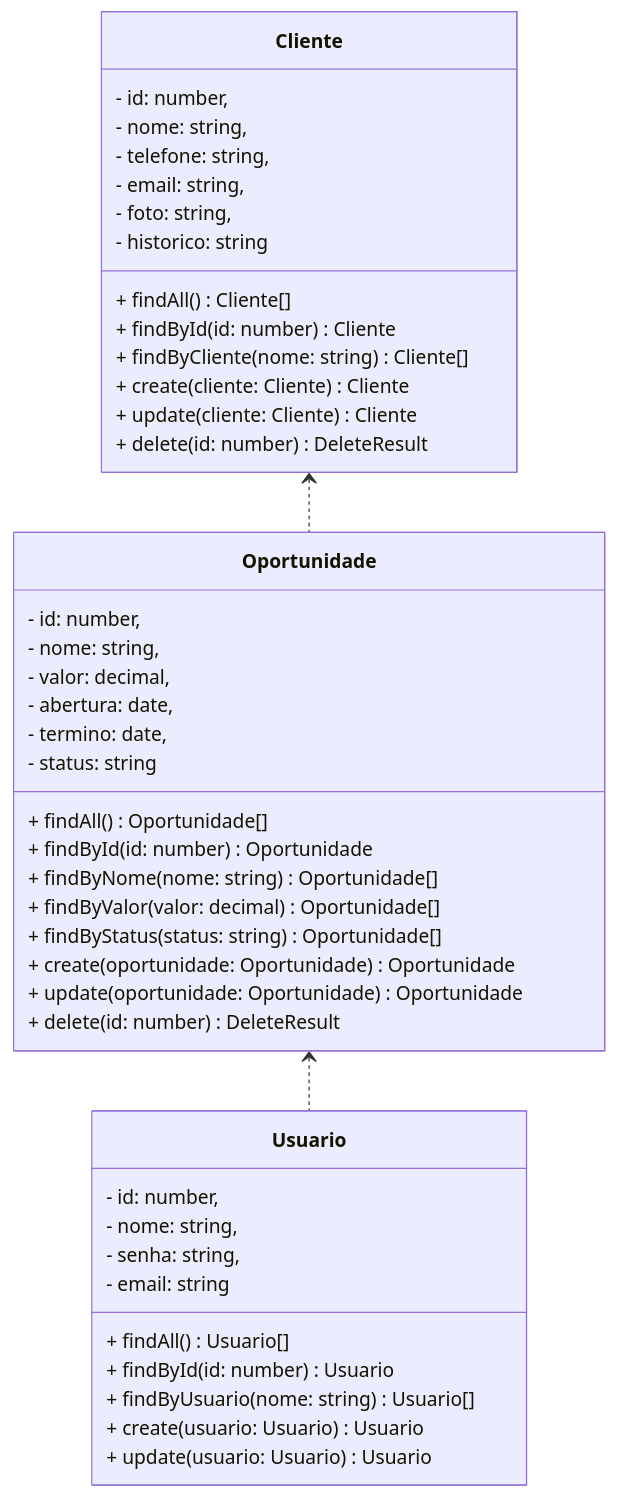
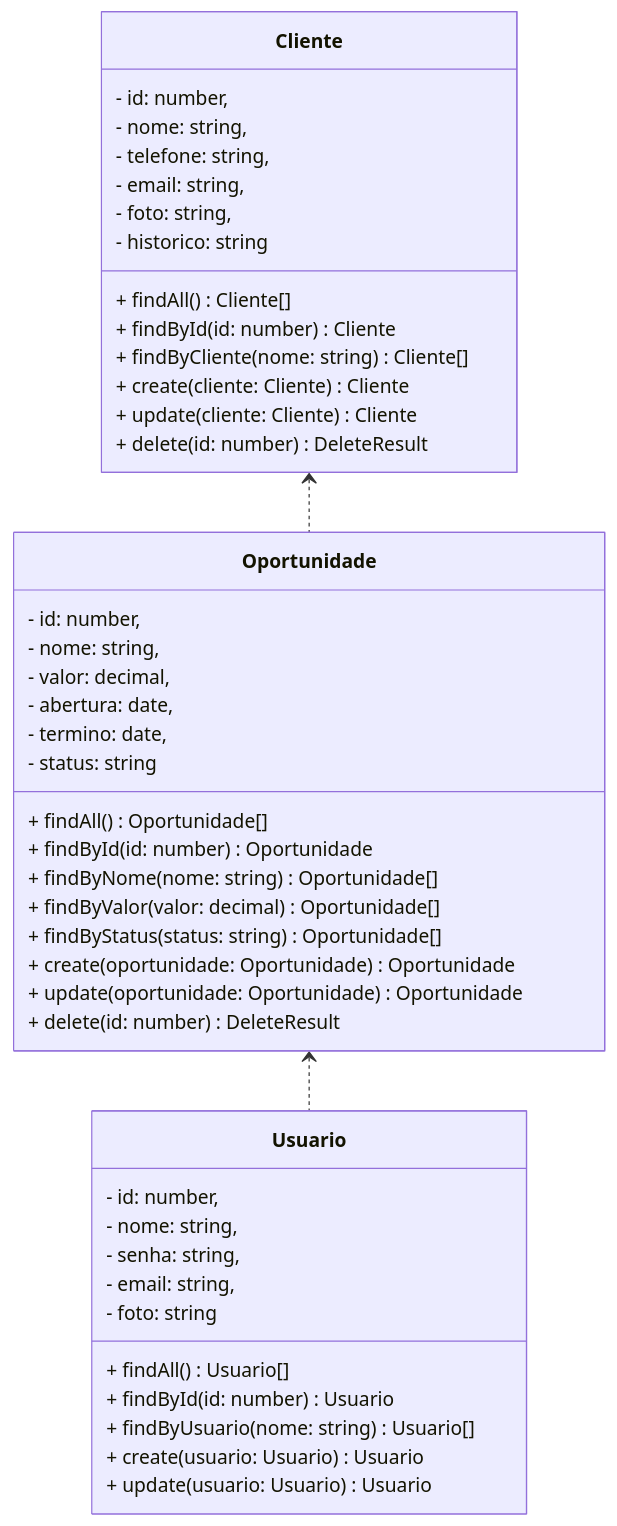
Before and after one commit to grupo-02-turma-javascript-06/crm-backend: the diagram in README.md, drawn with Mermaid.

````diff
--- a/README.md
+++ b/README.md
@@ -29,46 +29,47 @@
 ```mermaid
 classDiagram
 class Usuario{
   - id: number,
   - nome: string,
   - senha: string,
-  - email: string
+  - email: string,
+  - foto: string
   + findAll() Usuario[]
   + findById(id: number) Usuario
   + findByUsuario(nome: string) Usuario[]
   + create(usuario: Usuario) Usuario
   + update(usuario: Usuario) Usuario
 }
 class Cliente{
   - id: number,
   - nome: string,
   - telefone: string,
   - email: string,
   - foto: string,
   - historico: string
   + findAll() Cliente[]
   + findById(id: number) Cliente
   + findByCliente(nome: string) Cliente[]
   + create(cliente: Cliente) Cliente
   + update(cliente: Cliente) Cliente
   + delete(id: number) DeleteResult
 }
 class Oportunidade{
   - id: number,
   - nome: string,
   - valor: decimal,
   - abertura: date,
   - termino: date,
   - status: string
   + findAll() Oportunidade[]
   + findById(id: number) Oportunidade
   + findByNome(nome: string) Oportunidade[]
   + findByValor(valor: decimal) Oportunidade[]
   + findByStatus(status: string) Oportunidade[]
   + create(oportunidade: Oportunidade) Oportunidade
   + update(oportunidade: Oportunidade) Oportunidade
   + delete(id: number) DeleteResult
 }
 Cliente <.. Oportunidade
 Oportunidade <.. Usuario
 ```
````
